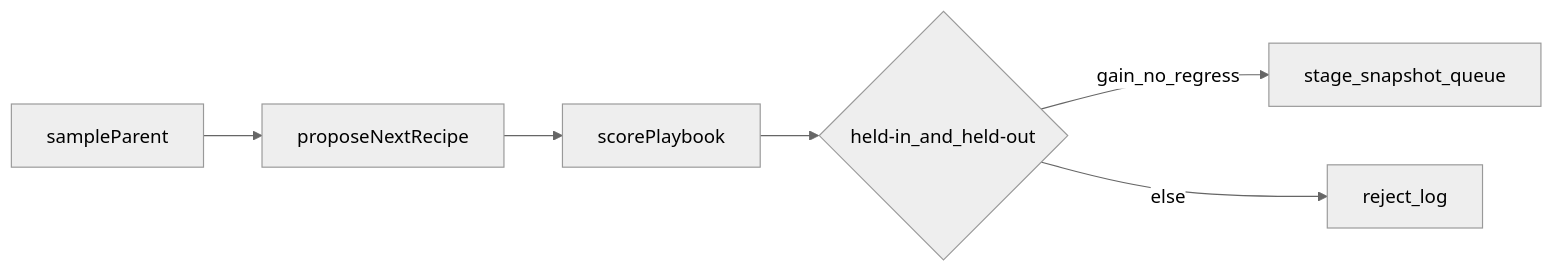
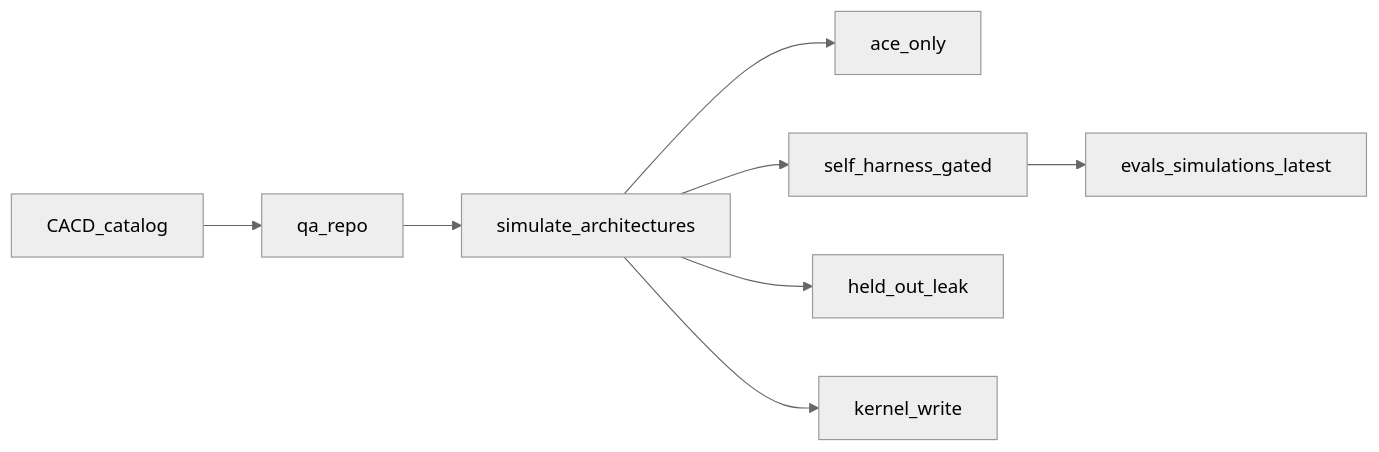
Before and after one commit to Vinayak-RZ/Improveness: the second of 2 diagrams in README.md, drawn with Mermaid (neutral theme). The commit also changed other lines of this file and 3 other files, not shown here.

First line of the commit message:
docs: rewrite README for CACD, QA, and simulations

````diff
--- a/README.md
+++ b/README.md
@@ -90,8 +107,10 @@
 ```mermaid
 flowchart LR
-  parent[sampleParent] --> propose[proposeNextRecipe]
-  propose --> score[scorePlaybook]
-  score --> gate{held-in_and_held-out}
-  gate -->|gain_no_regress| stage[stage_snapshot_queue]
-  gate -->|else| reject[reject_log]
+  catalog[CACD_catalog] --> qa[qa_repo]
+  qa --> sim[simulate_architectures]
+  sim --> ace[ace_only]
+  sim --> gated[self_harness_gated]
+  sim --> leak[held_out_leak]
+  sim --> kernel[kernel_write]
+  gated --> report[evals_simulations_latest]
 ```
````
